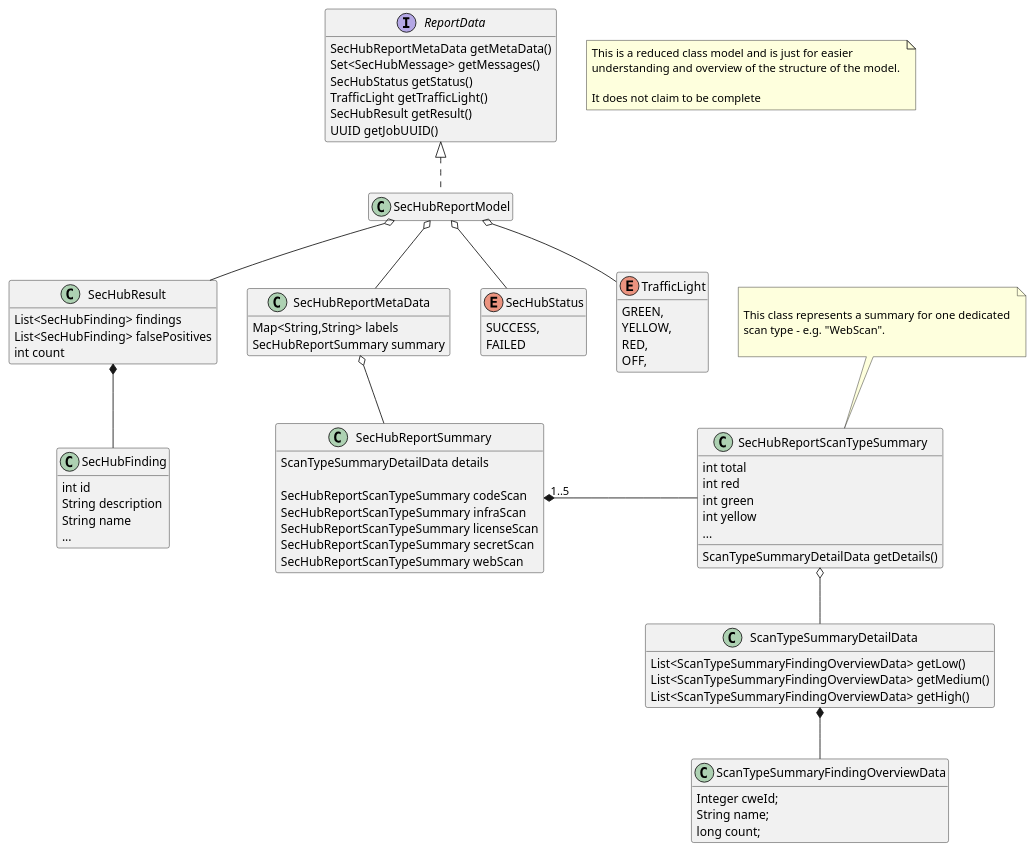
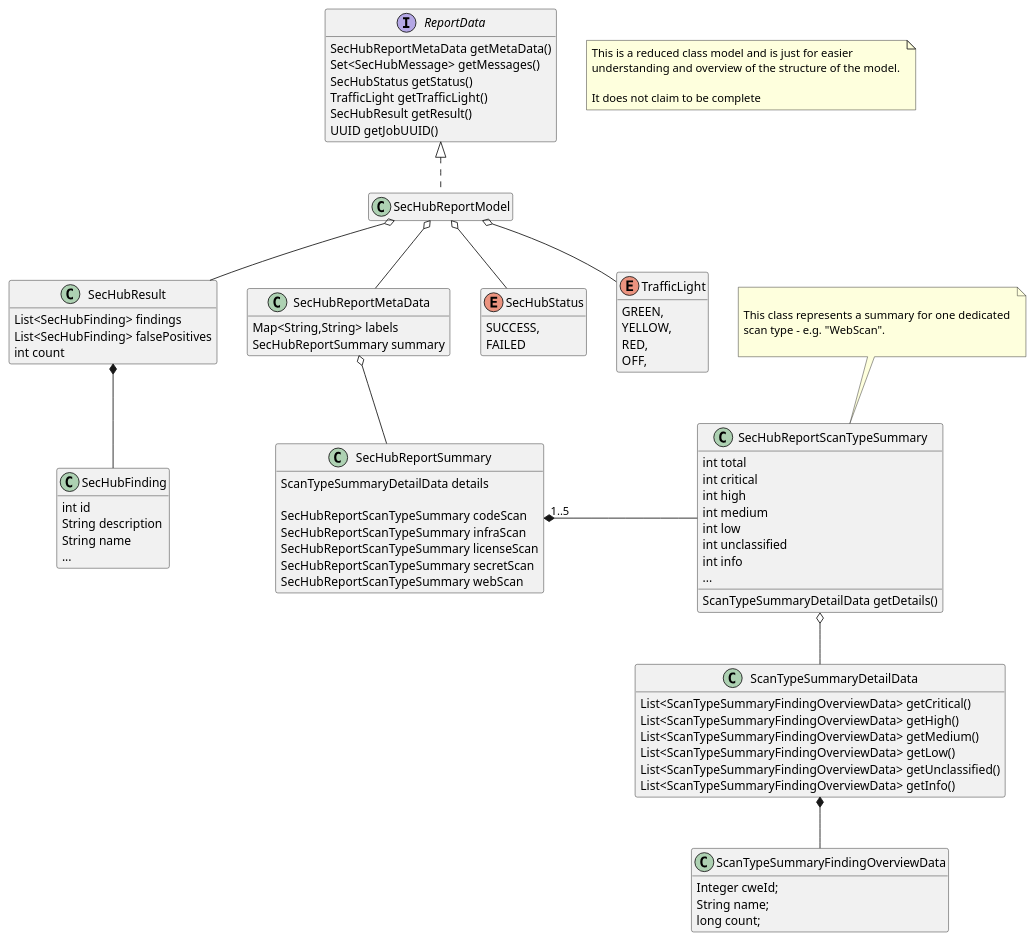
One commit to mercedes-benz/sechub changed the diagram in sechub-doc/src/docs/asciidoc/diagrams/diagram_report_data_model.puml. Above: the diagram before and after it, drawn with PlantUML. The commit also changed 6 other files, not shown here.

```diff
--- a/sechub-doc/src/docs/asciidoc/diagrams/diagram_report_data_model.puml
+++ b/sechub-doc/src/docs/asciidoc/diagrams/diagram_report_data_model.puml
@@ -1,103 +1,109 @@
 'Hide empty parts:
 hide empty fields
 hide empty methods
 
 note as N1
  This is a reduced class model and is just for easier 
  understanding and overview of the structure of the model. 
  
  It does not claim to be complete
 end note
 
 interface ReportData {
     SecHubReportMetaData getMetaData() 
     Set<SecHubMessage> getMessages() 
     SecHubStatus getStatus()
     TrafficLight getTrafficLight()
     SecHubResult getResult()
     UUID getJobUUID() 
 }
 
 class SecHubResult{
     List<SecHubFinding> findings
     List<SecHubFinding> falsePositives
     int count 
 }
 
 class SecHubFinding {
     int id
     String description
     String name
     ...
 }
 
 class SecHubReportSummary {
     ScanTypeSummaryDetailData details 
     
     SecHubReportScanTypeSummary codeScan
     SecHubReportScanTypeSummary infraScan
     SecHubReportScanTypeSummary licenseScan
     SecHubReportScanTypeSummary secretScan
     SecHubReportScanTypeSummary webScan
 }
 class SecHubReportMetaData {
     Map<String,String> labels
     SecHubReportSummary summary 
 }
 class SecHubReportModel implements ReportData
 
 class SecHubReportScanTypeSummary{
     int total
-    int red
-    int green
-    int yellow
+    int critical
+    int high
+    int medium
+    int low
+    int unclassified
+    int info
     ...
     ScanTypeSummaryDetailData getDetails()
     
 }
 
 class ScanTypeSummaryDetailData{
 
+     List<ScanTypeSummaryFindingOverviewData> getCritical()
+     List<ScanTypeSummaryFindingOverviewData> getHigh()
+     List<ScanTypeSummaryFindingOverviewData> getMedium()
      List<ScanTypeSummaryFindingOverviewData> getLow()
-     List<ScanTypeSummaryFindingOverviewData> getMedium()
-     List<ScanTypeSummaryFindingOverviewData> getHigh()
+     List<ScanTypeSummaryFindingOverviewData> getUnclassified()
+     List<ScanTypeSummaryFindingOverviewData> getInfo()
 }
 
 class ScanTypeSummaryFindingOverviewData{
      Integer cweId;
      String name;
      long count;
 }
 
 enum SecHubStatus {
     SUCCESS,
     FAILED
 }
 
 enum TrafficLight{
     GREEN,
     YELLOW,
     RED,
     OFF,
 }
 
 SecHubReportModel o-- SecHubResult
 SecHubReportModel o-- TrafficLight
 SecHubReportModel o-- SecHubStatus
 SecHubReportModel o-- SecHubReportMetaData
 SecHubReportMetaData o-- SecHubReportSummary
 
 SecHubResult *-- SecHubFinding
 
 SecHubReportSummary "1..5" *- SecHubReportScanTypeSummary
 SecHubReportScanTypeSummary o-- ScanTypeSummaryDetailData
 ScanTypeSummaryDetailData *-- ScanTypeSummaryFindingOverviewData
 
 
 
 note top of SecHubReportScanTypeSummary
 
 This class represents a summary for one dedicated 
 scan type - e.g. "WebScan".
 
 end note
```
